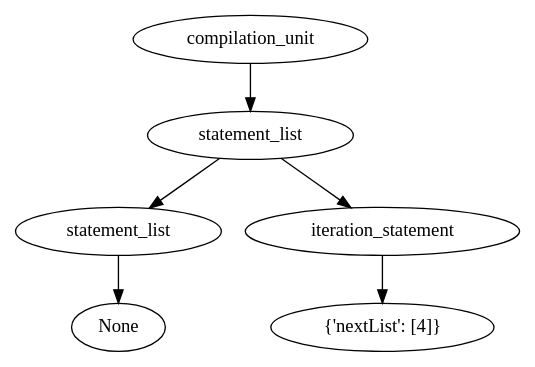
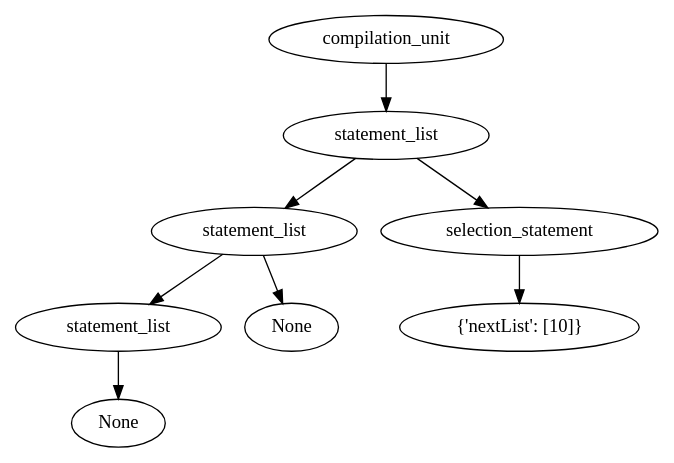
The diagram in test.dot (apeeyush/compiler), drawn with Graphviz before and after one commit. The commit also changed 2 other files, not shown here.

```diff
--- a/test.dot
+++ b/test.dot
@@ -1,13 +1,17 @@
 digraph G{
 id0[label="compilation_unit"];
 id1[label="statement_list"];
 id2[label="statement_list"];
-id3[label="None"];
+id3[label="statement_list"];
+id4[label="None"];
+id3->id4;
+id5[label="None"];
 id2->id3;
-id4[label="iteration_statement"];
-id5[label="{'nextList': [4]}"];
-id4->id5;
+id2->id5;
+id6[label="selection_statement"];
+id7[label="{'nextList': [10]}"];
+id6->id7;
 id1->id2;
-id1->id4;
+id1->id6;
 id0->id1;
 }
```
